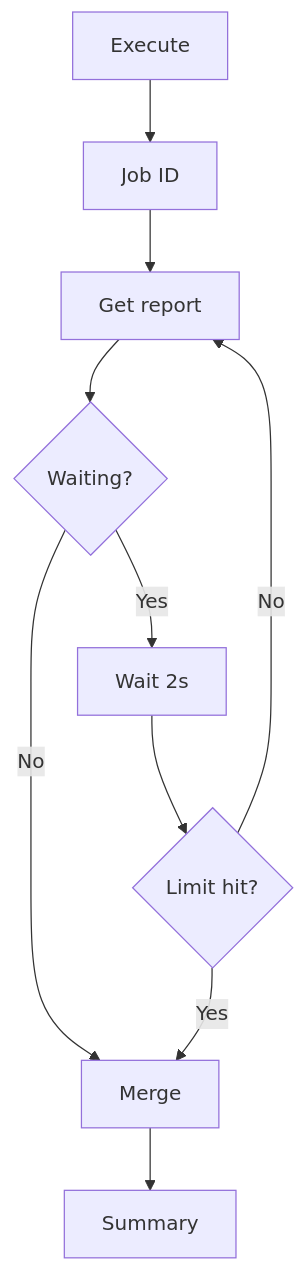
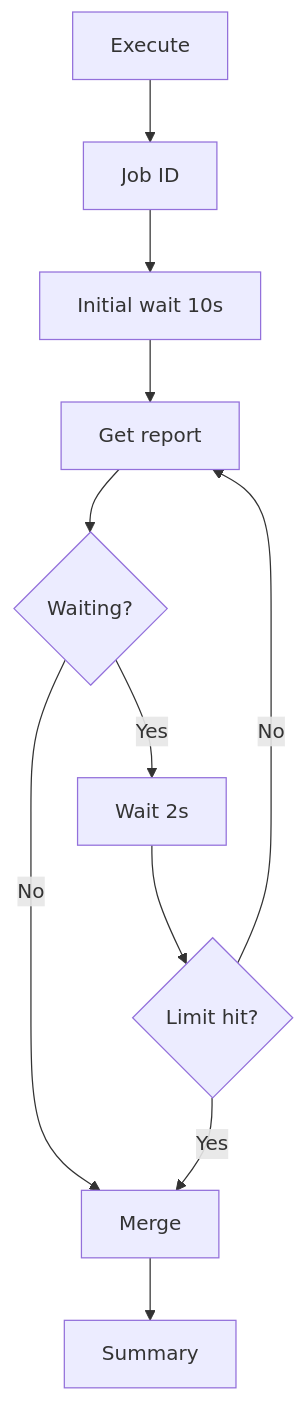
Before and after one commit to Solivagantaeon/soc-automation-lab: the first of 4 diagrams in docs/runbooks/n8n-triage.md, drawn with Mermaid. The commit also changed other lines of this file and 20 other files, not shown here.

````diff
--- a/docs/runbooks/n8n-triage.md
+++ b/docs/runbooks/n8n-triage.md
@@ -540,12 +544,13 @@
 ```mermaid
 flowchart TD
     A["Execute"] --> B["Job ID"]
-    B --> C["Get report"]
+    B --> I["Initial wait 10s"]
+    I --> C["Get report"]
     C --> D{"Waiting?"}
     D -- "No" --> M["Merge"]
     D -- "Yes" --> W["Wait 2s"]
     W --> R{"Limit hit?"}
     R -- "No" --> C
     R -- "Yes" --> M
     M --> S["Summary"]
 ```
````
